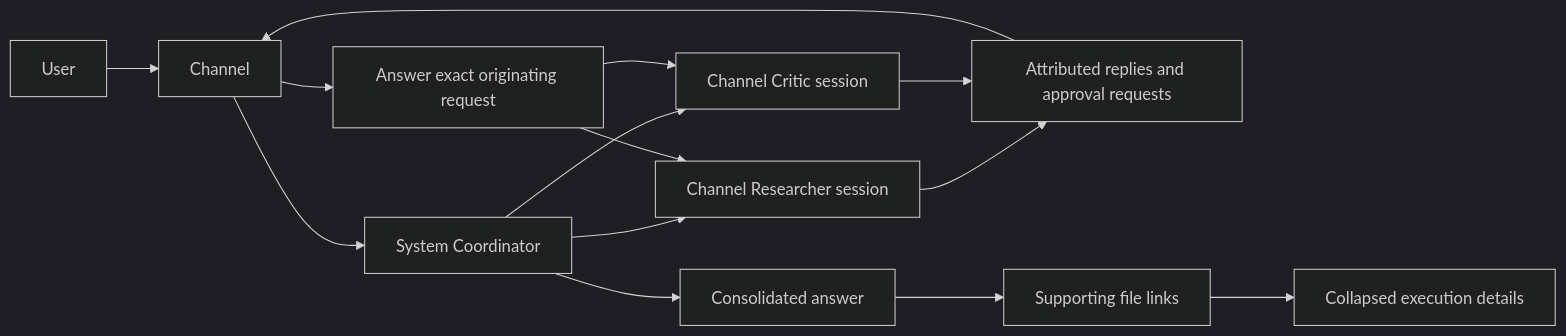
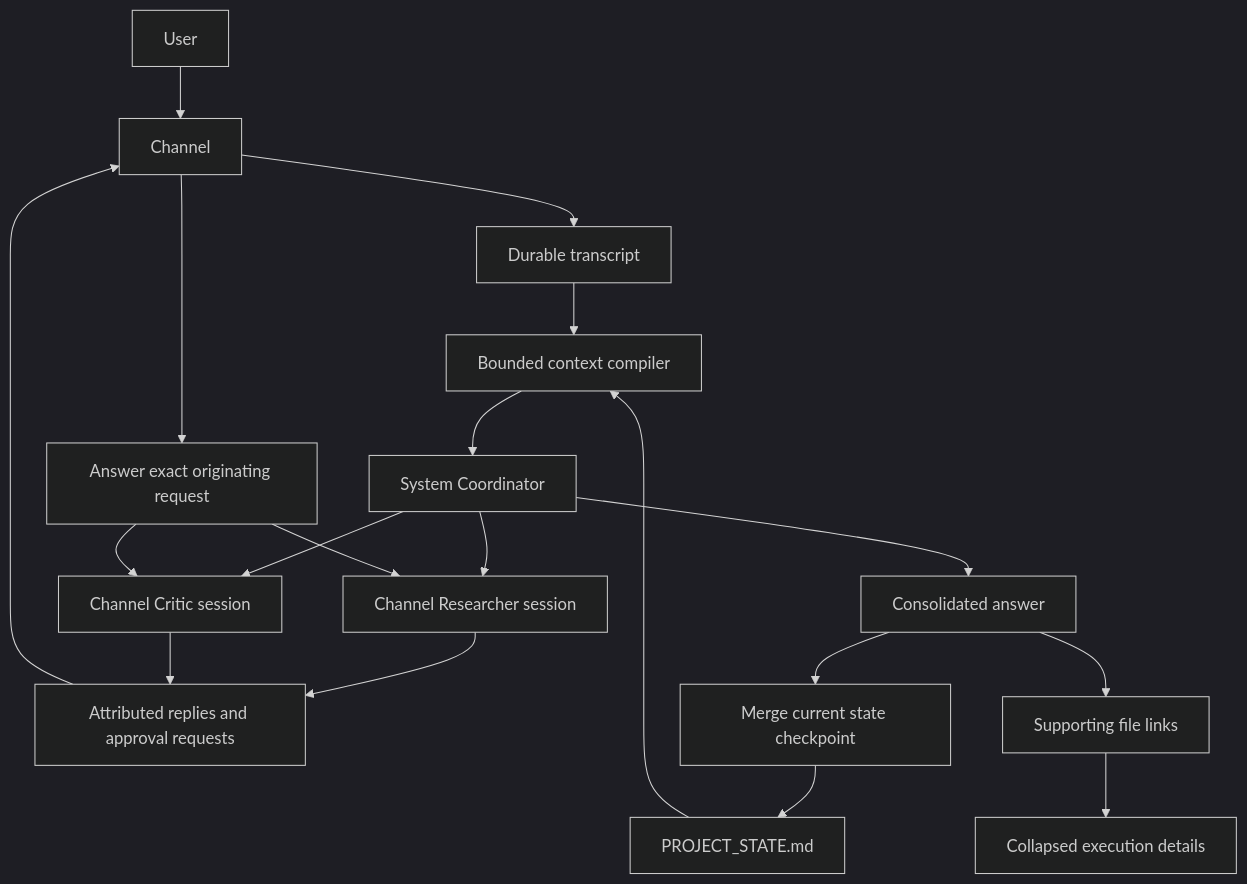
Before and after one commit to zhml530/Roundtable: the diagram in docs/channel-conversations.md, drawn with Mermaid (dark theme). The commit also changed other lines of this file and 7 other files, not shown here.

Commit message:
Adding project state to channel

````diff
--- a/docs/channel-conversations.md
+++ b/docs/channel-conversations.md
@@ -16,16 +22,21 @@
 ```mermaid
-flowchart LR
+flowchart TD
     User --> Channel
-    Channel --> Coordinator[System Coordinator]
+    Channel --> Transcript[Durable transcript]
+    State[PROJECT_STATE.md] --> Context[Bounded context compiler]
+    Transcript --> Context
+    Context --> Coordinator[System Coordinator]
     Coordinator --> Researcher[Channel Researcher session]
     Coordinator --> Critic[Channel Critic session]
     Researcher --> Events[Attributed replies and approval requests]
     Critic --> Events
     Events --> Channel
     Channel --> Approval[Answer exact originating request]
     Approval --> Researcher
     Approval --> Critic
     Coordinator --> Delivery[Consolidated answer]
+    Delivery --> Checkpoint[Merge current state checkpoint]
+    Checkpoint --> State
     Delivery --> Files[Supporting file links]
     Files --> Details[Collapsed execution details]
 ```
````
